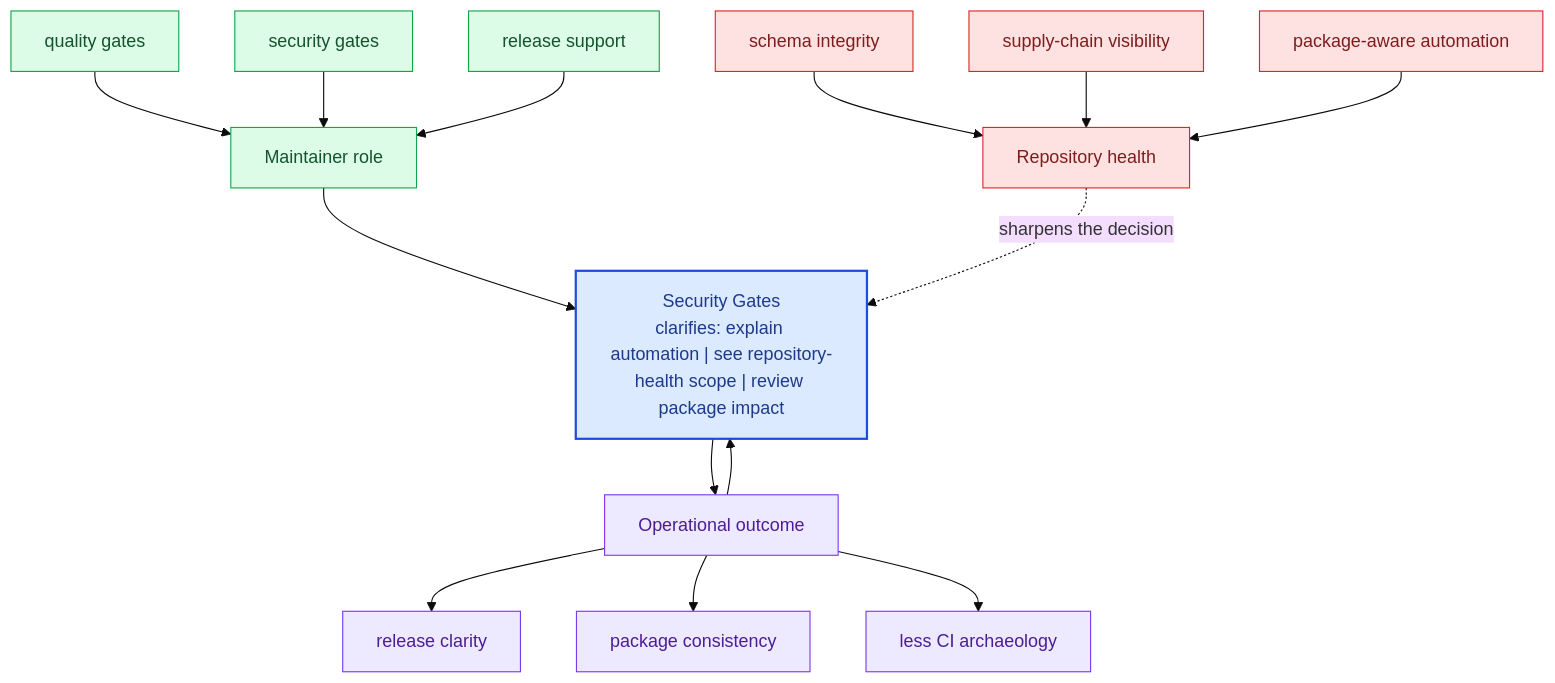
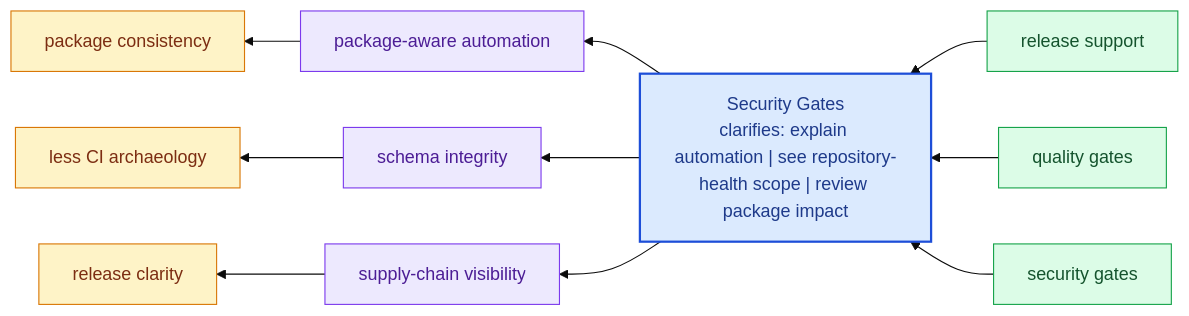
One commit to bijux/bijux-canon changed the diagram in docs/bijux-canon-dev/security-gates.md. Above: the diagram before and after it, drawn with Mermaid (base theme). The commit also changed other lines of this file and 281 other files, not shown here.

Commit message:
docs(diagrams): replace repeated mermaid scaffolds with page-specific summaries

````diff
--- a/docs/bijux-canon-dev/security-gates.md
+++ b/docs/bijux-canon-dev/security-gates.md
@@ -68,40 +23,31 @@
 ```mermaid
-flowchart TB
-    promise["Security Gates<br/>clarifies: explain automation | see repository-health scope | review package impact"]
-    classDef promise fill:#dbeafe,stroke:#1d4ed8,color:#1e3a8a,stroke-width:2px;
-    classDef driver fill:#dcfce7,stroke:#16a34a,color:#14532d;
-    classDef constraint fill:#fee2e2,stroke:#dc2626,color:#7f1d1d;
-    classDef ground fill:#ede9fe,stroke:#7c3aed,color:#4c1d95;
-    focus1["Maintainer role"]
-    focus1 --> promise
-    focus1_1["quality gates"]
-    focus1_1 --> focus1
-    focus1_2["security gates"]
-    focus1_2 --> focus1
-    focus1_3["release support"]
-    focus1_3 --> focus1
-    class focus1 driver;
-    class focus1_1,focus1_2,focus1_3 driver;
-    focus2["Repository health"]
-    focus2 -.sharpens the decision.-> promise
-    focus2_1["schema integrity"]
-    focus2_1 --> focus2
-    focus2_2["supply-chain visibility"]
-    focus2_2 --> focus2
-    focus2_3["package-aware automation"]
-    focus2_3 --> focus2
-    class focus2 constraint;
-    class focus2_1,focus2_2,focus2_3 constraint;
-    focus3["Operational outcome"]
-    focus3 --> promise
-    promise --> focus3
-    focus3_1["release clarity"]
-    focus3 --> focus3_1
-    focus3_2["package consistency"]
-    focus3 --> focus3_2
-    focus3_3["less CI archaeology"]
-    focus3 --> focus3_3
-    class focus3 ground;
-    class focus3_1,focus3_2,focus3_3 ground;
-    class promise promise;
+flowchart RL
+    page["Security Gates<br/>clarifies: explain automation | see repository-health scope | review package impact"]
+    classDef page fill:#dbeafe,stroke:#1d4ed8,color:#1e3a8a,stroke-width:2px;
+    classDef positive fill:#dcfce7,stroke:#16a34a,color:#14532d;
+    classDef caution fill:#fee2e2,stroke:#dc2626,color:#7f1d1d;
+    classDef anchor fill:#ede9fe,stroke:#7c3aed,color:#4c1d95;
+    classDef action fill:#fef3c7,stroke:#d97706,color:#7c2d12;
+    role1["release support"]
+    role1 --> page
+    role2["quality gates"]
+    role2 --> page
+    role3["security gates"]
+    role3 --> page
+    health1["package-aware automation"]
+    page --> health1
+    health2["schema integrity"]
+    page --> health2
+    health3["supply-chain visibility"]
+    page --> health3
+    outcome1["package consistency"]
+    health1 --> outcome1
+    outcome2["less CI archaeology"]
+    health2 --> outcome2
+    outcome3["release clarity"]
+    health3 --> outcome3
+    class page page;
+    class role1,role2,role3 positive;
+    class health1,health2,health3 anchor;
+    class outcome1,outcome2,outcome3 action;
 ```
````
